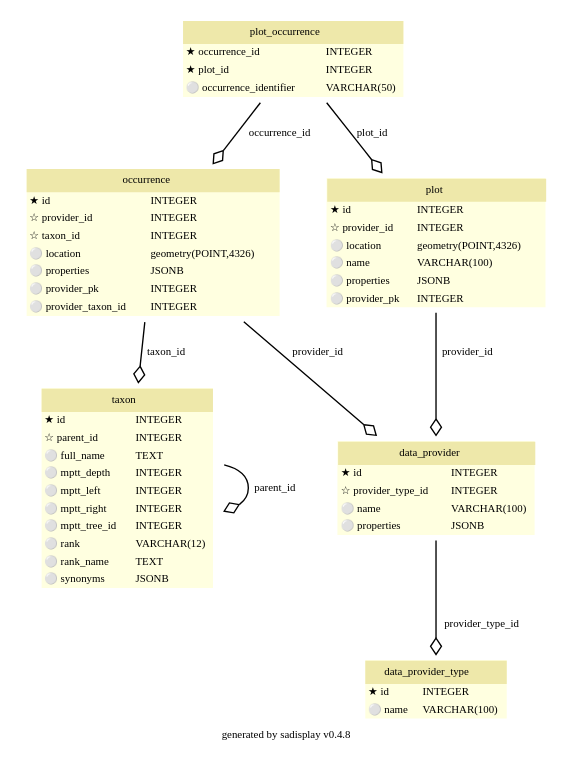
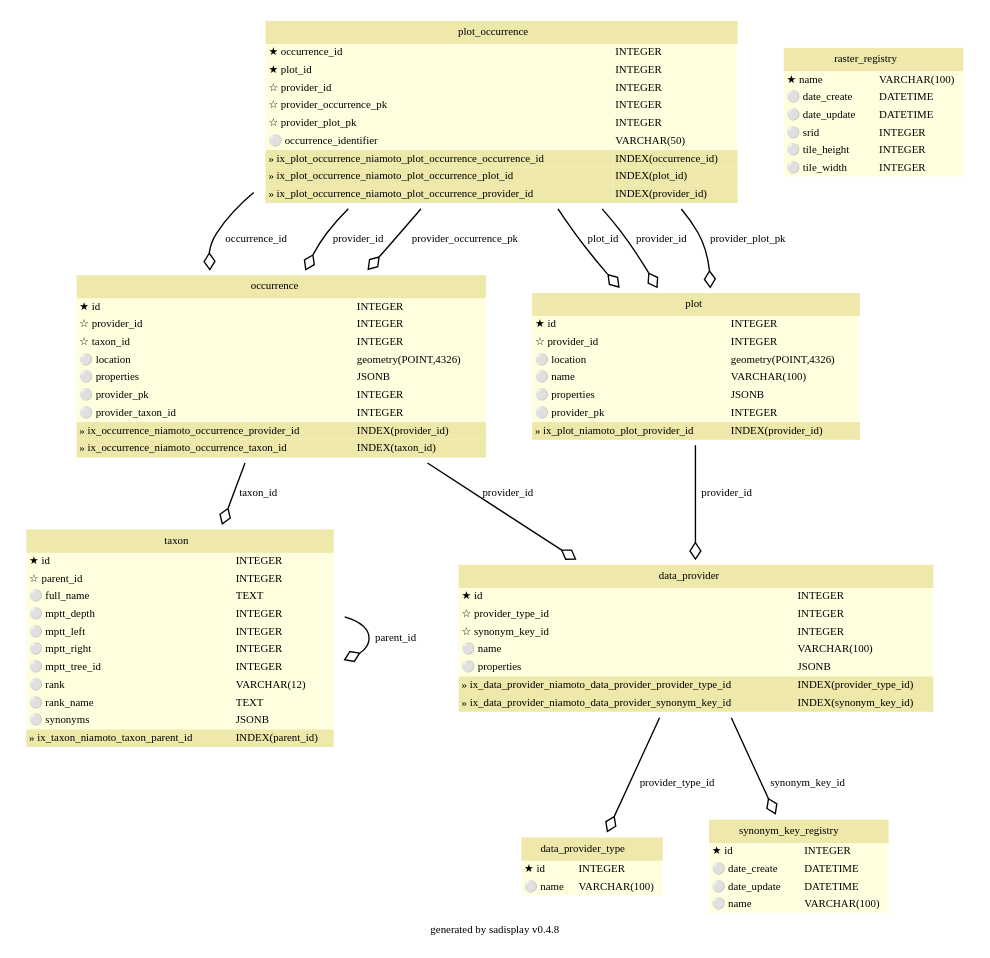
One commit to dimitri-justeau/niamoto-core changed the diagram in docs/_static/db_schema.dot. Above: the diagram before and after it, drawn with Graphviz. The commit also changed 8 other files, not shown here.

```diff
--- a/docs/_static/db_schema.dot
+++ b/docs/_static/db_schema.dot
@@ -31,6 +31,10 @@
         ></TD><TD ALIGN="LEFT"
         ><FONT FACE="Bitstream Vera Sans">INTEGER</FONT
         ></TD></TR> <TR><TD ALIGN="LEFT" BORDER="0"
+        ><FONT FACE="Bitstream Vera Sans">☆ synonym_key_id</FONT
+        ></TD><TD ALIGN="LEFT"
+        ><FONT FACE="Bitstream Vera Sans">INTEGER</FONT
+        ></TD></TR> <TR><TD ALIGN="LEFT" BORDER="0"
         ><FONT FACE="Bitstream Vera Sans">⚪ name</FONT
         ></TD><TD ALIGN="LEFT"
         ><FONT FACE="Bitstream Vera Sans">VARCHAR(100)</FONT
@@ -38,6 +42,16 @@
         ><FONT FACE="Bitstream Vera Sans">⚪ properties</FONT
         ></TD><TD ALIGN="LEFT"
         ><FONT FACE="Bitstream Vera Sans">JSONB</FONT
+        ></TD></TR><TR><TD ALIGN="LEFT" BORDER="0"
+        BGCOLOR="palegoldenrod"
+        ><FONT FACE="Bitstream Vera Sans">» ix_data_provider_niamoto_data_provider_provider_type_id</FONT></TD
+        ><TD BGCOLOR="palegoldenrod" ALIGN="LEFT"
+        ><FONT FACE="Bitstream Vera Sans">INDEX(provider_type_id)</FONT
+        ></TD></TR> <TR><TD ALIGN="LEFT" BORDER="0"
+        BGCOLOR="palegoldenrod"
+        ><FONT FACE="Bitstream Vera Sans">» ix_data_provider_niamoto_data_provider_synonym_key_id</FONT></TD
+        ><TD BGCOLOR="palegoldenrod" ALIGN="LEFT"
+        ><FONT FACE="Bitstream Vera Sans">INDEX(synonym_key_id)</FONT
         ></TD></TR>
         </TABLE>
     >]
@@ -96,6 +110,16 @@
         ><FONT FACE="Bitstream Vera Sans">⚪ provider_taxon_id</FONT
         ></TD><TD ALIGN="LEFT"
         ><FONT FACE="Bitstream Vera Sans">INTEGER</FONT
+        ></TD></TR><TR><TD ALIGN="LEFT" BORDER="0"
+        BGCOLOR="palegoldenrod"
+        ><FONT FACE="Bitstream Vera Sans">» ix_occurrence_niamoto_occurrence_provider_id</FONT></TD
+        ><TD BGCOLOR="palegoldenrod" ALIGN="LEFT"
+        ><FONT FACE="Bitstream Vera Sans">INDEX(provider_id)</FONT
+        ></TD></TR> <TR><TD ALIGN="LEFT" BORDER="0"
+        BGCOLOR="palegoldenrod"
+        ><FONT FACE="Bitstream Vera Sans">» ix_occurrence_niamoto_occurrence_taxon_id</FONT></TD
+        ><TD BGCOLOR="palegoldenrod" ALIGN="LEFT"
+        ><FONT FACE="Bitstream Vera Sans">INDEX(taxon_id)</FONT
         ></TD></TR>
         </TABLE>
     >]
@@ -131,6 +155,11 @@
         ><FONT FACE="Bitstream Vera Sans">⚪ provider_pk</FONT
         ></TD><TD ALIGN="LEFT"
         ><FONT FACE="Bitstream Vera Sans">INTEGER</FONT
+        ></TD></TR><TR><TD ALIGN="LEFT" BORDER="0"
+        BGCOLOR="palegoldenrod"
+        ><FONT FACE="Bitstream Vera Sans">» ix_plot_niamoto_plot_provider_id</FONT></TD
+        ><TD BGCOLOR="palegoldenrod" ALIGN="LEFT"
+        ><FONT FACE="Bitstream Vera Sans">INDEX(provider_id)</FONT
         ></TD></TR>
         </TABLE>
     >]
@@ -151,9 +180,98 @@
         ></TD><TD ALIGN="LEFT"
         ><FONT FACE="Bitstream Vera Sans">INTEGER</FONT
         ></TD></TR> <TR><TD ALIGN="LEFT" BORDER="0"
+        ><FONT FACE="Bitstream Vera Sans">☆ provider_id</FONT
+        ></TD><TD ALIGN="LEFT"
+        ><FONT FACE="Bitstream Vera Sans">INTEGER</FONT
+        ></TD></TR> <TR><TD ALIGN="LEFT" BORDER="0"
+        ><FONT FACE="Bitstream Vera Sans">☆ provider_occurrence_pk</FONT
+        ></TD><TD ALIGN="LEFT"
+        ><FONT FACE="Bitstream Vera Sans">INTEGER</FONT
+        ></TD></TR> <TR><TD ALIGN="LEFT" BORDER="0"
+        ><FONT FACE="Bitstream Vera Sans">☆ provider_plot_pk</FONT
+        ></TD><TD ALIGN="LEFT"
+        ><FONT FACE="Bitstream Vera Sans">INTEGER</FONT
+        ></TD></TR> <TR><TD ALIGN="LEFT" BORDER="0"
         ><FONT FACE="Bitstream Vera Sans">⚪ occurrence_identifier</FONT
         ></TD><TD ALIGN="LEFT"
         ><FONT FACE="Bitstream Vera Sans">VARCHAR(50)</FONT
+        ></TD></TR><TR><TD ALIGN="LEFT" BORDER="0"
+        BGCOLOR="palegoldenrod"
+        ><FONT FACE="Bitstream Vera Sans">» ix_plot_occurrence_niamoto_plot_occurrence_occurrence_id</FONT></TD
+        ><TD BGCOLOR="palegoldenrod" ALIGN="LEFT"
+        ><FONT FACE="Bitstream Vera Sans">INDEX(occurrence_id)</FONT
+        ></TD></TR> <TR><TD ALIGN="LEFT" BORDER="0"
+        BGCOLOR="palegoldenrod"
+        ><FONT FACE="Bitstream Vera Sans">» ix_plot_occurrence_niamoto_plot_occurrence_plot_id</FONT></TD
+        ><TD BGCOLOR="palegoldenrod" ALIGN="LEFT"
+        ><FONT FACE="Bitstream Vera Sans">INDEX(plot_id)</FONT
+        ></TD></TR> <TR><TD ALIGN="LEFT" BORDER="0"
+        BGCOLOR="palegoldenrod"
+        ><FONT FACE="Bitstream Vera Sans">» ix_plot_occurrence_niamoto_plot_occurrence_provider_id</FONT></TD
+        ><TD BGCOLOR="palegoldenrod" ALIGN="LEFT"
+        ><FONT FACE="Bitstream Vera Sans">INDEX(provider_id)</FONT
+        ></TD></TR>
+        </TABLE>
+    >]
+    
+
+        raster_registry [label=<
+        <TABLE BGCOLOR="lightyellow" BORDER="0"
+            CELLBORDER="0" CELLSPACING="0">
+                <TR><TD COLSPAN="2" CELLPADDING="4"
+                        ALIGN="CENTER" BGCOLOR="palegoldenrod"
+                ><FONT FACE="Helvetica Bold" COLOR="black"
+                >raster_registry</FONT></TD></TR><TR><TD ALIGN="LEFT" BORDER="0"
+        ><FONT FACE="Bitstream Vera Sans">★ name</FONT
+        ></TD><TD ALIGN="LEFT"
+        ><FONT FACE="Bitstream Vera Sans">VARCHAR(100)</FONT
+        ></TD></TR> <TR><TD ALIGN="LEFT" BORDER="0"
+        ><FONT FACE="Bitstream Vera Sans">⚪ date_create</FONT
+        ></TD><TD ALIGN="LEFT"
+        ><FONT FACE="Bitstream Vera Sans">DATETIME</FONT
+        ></TD></TR> <TR><TD ALIGN="LEFT" BORDER="0"
+        ><FONT FACE="Bitstream Vera Sans">⚪ date_update</FONT
+        ></TD><TD ALIGN="LEFT"
+        ><FONT FACE="Bitstream Vera Sans">DATETIME</FONT
+        ></TD></TR> <TR><TD ALIGN="LEFT" BORDER="0"
+        ><FONT FACE="Bitstream Vera Sans">⚪ srid</FONT
+        ></TD><TD ALIGN="LEFT"
+        ><FONT FACE="Bitstream Vera Sans">INTEGER</FONT
+        ></TD></TR> <TR><TD ALIGN="LEFT" BORDER="0"
+        ><FONT FACE="Bitstream Vera Sans">⚪ tile_height</FONT
+        ></TD><TD ALIGN="LEFT"
+        ><FONT FACE="Bitstream Vera Sans">INTEGER</FONT
+        ></TD></TR> <TR><TD ALIGN="LEFT" BORDER="0"
+        ><FONT FACE="Bitstream Vera Sans">⚪ tile_width</FONT
+        ></TD><TD ALIGN="LEFT"
+        ><FONT FACE="Bitstream Vera Sans">INTEGER</FONT
+        ></TD></TR>
+        </TABLE>
+    >]
+    
+
+        synonym_key_registry [label=<
+        <TABLE BGCOLOR="lightyellow" BORDER="0"
+            CELLBORDER="0" CELLSPACING="0">
+                <TR><TD COLSPAN="2" CELLPADDING="4"
+                        ALIGN="CENTER" BGCOLOR="palegoldenrod"
+                ><FONT FACE="Helvetica Bold" COLOR="black"
+                >synonym_key_registry</FONT></TD></TR><TR><TD ALIGN="LEFT" BORDER="0"
+        ><FONT FACE="Bitstream Vera Sans">★ id</FONT
+        ></TD><TD ALIGN="LEFT"
+        ><FONT FACE="Bitstream Vera Sans">INTEGER</FONT
+        ></TD></TR> <TR><TD ALIGN="LEFT" BORDER="0"
+        ><FONT FACE="Bitstream Vera Sans">⚪ date_create</FONT
+        ></TD><TD ALIGN="LEFT"
+        ><FONT FACE="Bitstream Vera Sans">DATETIME</FONT
+        ></TD></TR> <TR><TD ALIGN="LEFT" BORDER="0"
+        ><FONT FACE="Bitstream Vera Sans">⚪ date_update</FONT
+        ></TD><TD ALIGN="LEFT"
+        ><FONT FACE="Bitstream Vera Sans">DATETIME</FONT
+        ></TD></TR> <TR><TD ALIGN="LEFT" BORDER="0"
+        ><FONT FACE="Bitstream Vera Sans">⚪ name</FONT
+        ></TD><TD ALIGN="LEFT"
+        ><FONT FACE="Bitstream Vera Sans">VARCHAR(100)</FONT
         ></TD></TR>
         </TABLE>
     >]
@@ -205,6 +323,11 @@
         ><FONT FACE="Bitstream Vera Sans">⚪ synonyms</FONT
         ></TD><TD ALIGN="LEFT"
         ><FONT FACE="Bitstream Vera Sans">JSONB</FONT
+        ></TD></TR><TR><TD ALIGN="LEFT" BORDER="0"
+        BGCOLOR="palegoldenrod"
+        ><FONT FACE="Bitstream Vera Sans">» ix_taxon_niamoto_taxon_parent_id</FONT></TD
+        ><TD BGCOLOR="palegoldenrod" ALIGN="LEFT"
+        ><FONT FACE="Bitstream Vera Sans">INDEX(parent_id)</FONT
         ></TD></TR>
         </TABLE>
     >]
@@ -217,10 +340,15 @@
 		arrowtail = open
 	]
 	"data_provider" -> "data_provider_type" [label = "provider_type_id"]
+	"data_provider" -> "synonym_key_registry" [label = "synonym_key_id"]
 	"occurrence" -> "data_provider" [label = "provider_id"]
 	"occurrence" -> "taxon" [label = "taxon_id"]
 	"plot" -> "data_provider" [label = "provider_id"]
 	"plot_occurrence" -> "plot" [label = "plot_id"]
 	"plot_occurrence" -> "occurrence" [label = "occurrence_id"]
+	"plot_occurrence" -> "occurrence" [label = "provider_id"]
+	"plot_occurrence" -> "plot" [label = "provider_id"]
+	"plot_occurrence" -> "plot" [label = "provider_plot_pk"]
+	"plot_occurrence" -> "occurrence" [label = "provider_occurrence_pk"]
 	"taxon" -> "taxon" [label = "parent_id"]
 }
```
